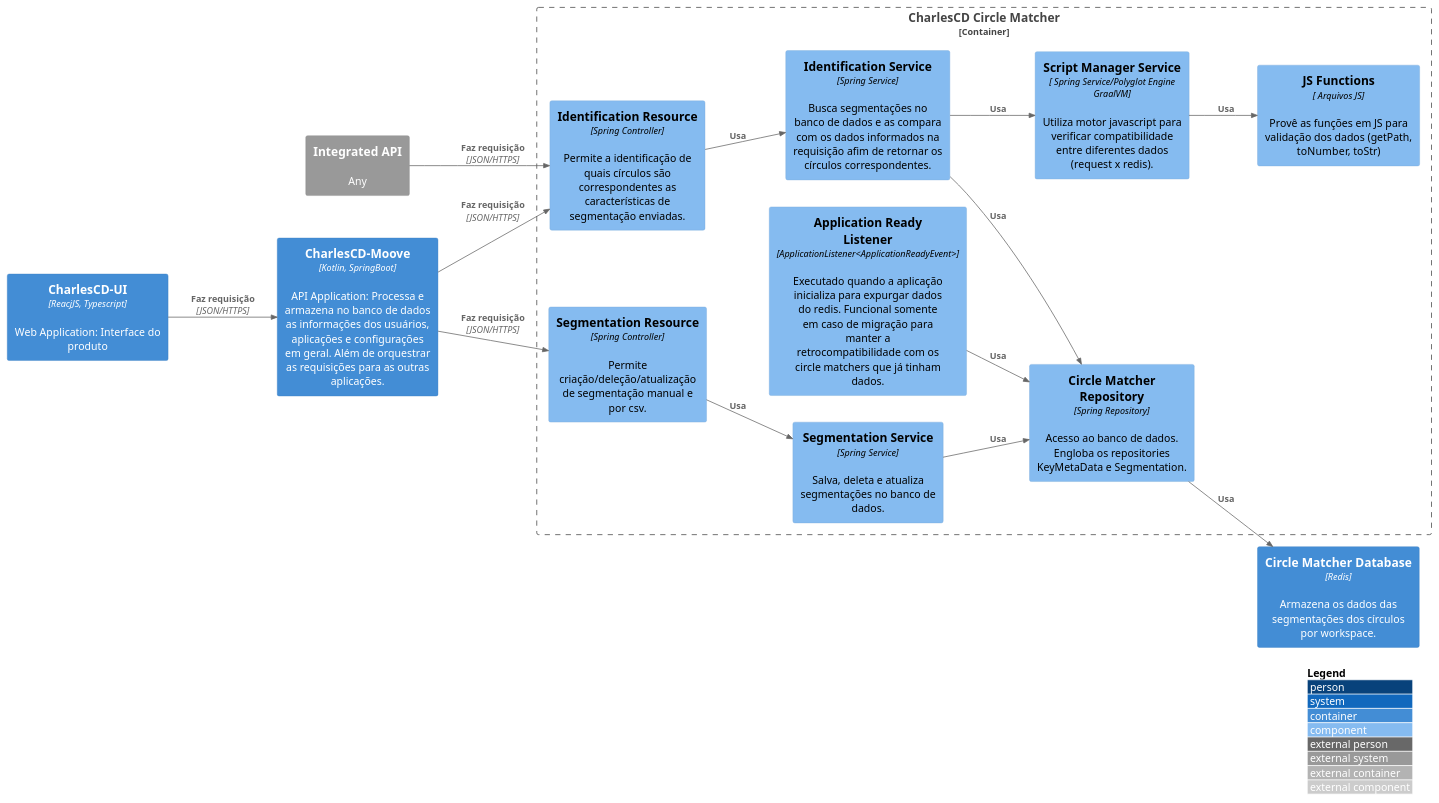
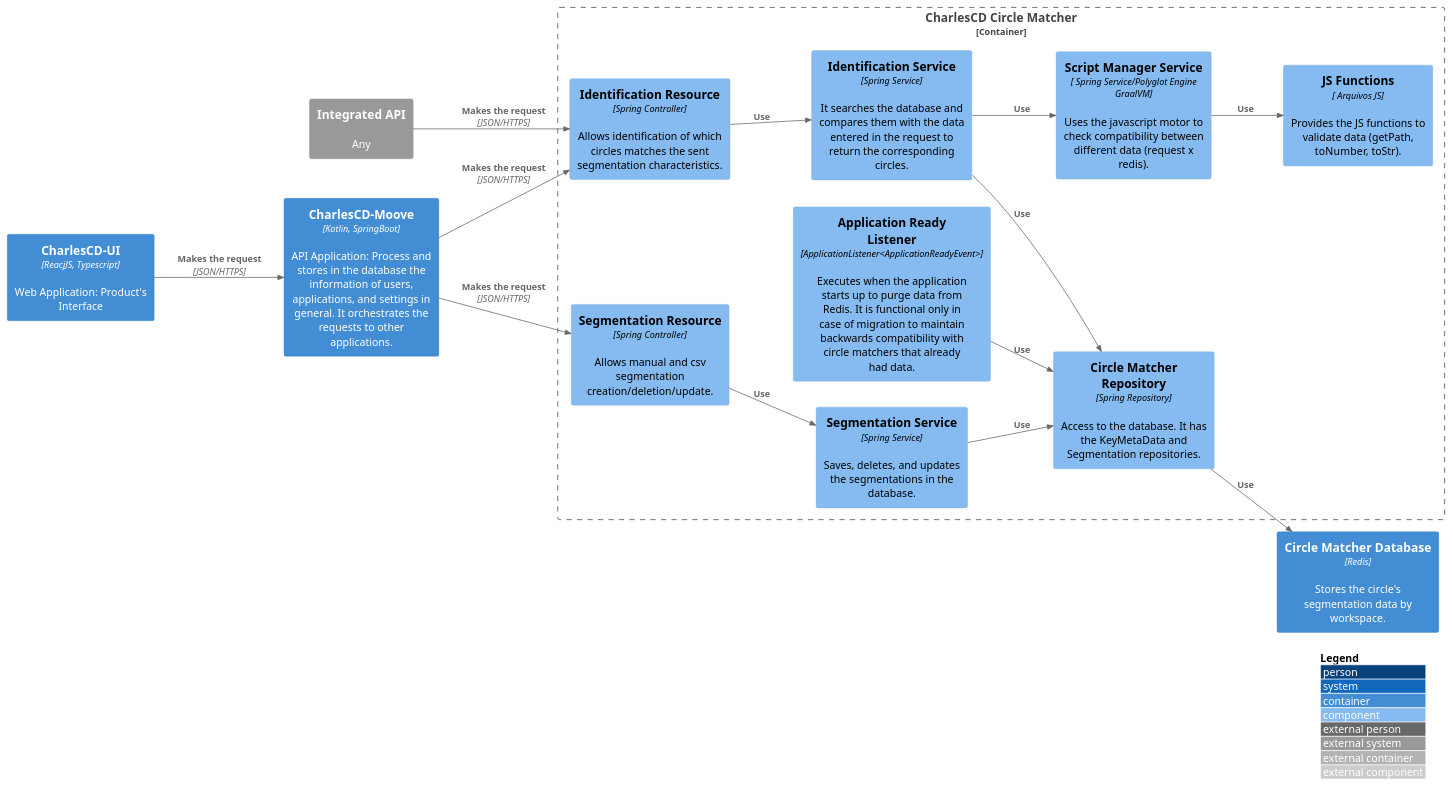
One commit to ZupIT/charlescd-c4model changed the diagram in en/src/C3 -  Component/Circle-Matcher/c3.puml. Above: the diagram before and after it, drawn with PlantUML. The commit also changed 19 other files, not shown here.

```diff
--- a/en/src/C3 -  Component/Circle-Matcher/c3.puml
+++ b/en/src/C3 -  Component/Circle-Matcher/c3.puml
@@ -1,46 +1,46 @@
 @startuml c2
 !include https://raw.githubusercontent.com/adrianvlupu/C4-PlantUML/latest/C4_Component.puml
 
-LAYOUT_WITH_LEGEND()
+LAYOUT_WITH_LEGEND() 
 LAYOUT_LEFT_RIGHT()
 
-Container(ui, "CharlesCD-UI", "ReacjJS, Typescript", "Web Application: Interface do produto")
-Container(circle_matcher_database, "Circle Matcher Database", "Redis", "Armazena os dados das segmentações dos círculos por workspace.")
-Container(moove, "CharlesCD-Moove", "Kotlin, SpringBoot", "API Application: Processa e armazena no banco de dados as informações dos usuários, aplicações e configurações em geral. Além de orquestrar as requisições para as outras aplicações.")
+Container(ui, "CharlesCD-UI", "ReacjJS, Typescript", "Web Application: Product's Interface")
+Container(circle_matcher_database, "Circle Matcher Database", "Redis", "Stores the circle's segmentation data by workspace.")
+Container(moove, "CharlesCD-Moove", "Kotlin, SpringBoot", "API Application: Process and stores in the database the information of users, applications, and settings in general. It orchestrates the requests to other applications.")
 System_Ext(integrated_api, "Integrated API", "Any")
 
 
 Container_Boundary(charlescd_circle_matcher, "CharlesCD Circle Matcher"){
    
-    Component(circle_matcher_repository, "Circle Matcher Repository", "Spring Repository", "Acesso ao banco de dados. Engloba os repositories KeyMetaData e Segmentation.")
+    Component(circle_matcher_repository, "Circle Matcher Repository", "Spring Repository", "Access to the database. It has the KeyMetaData and Segmentation repositories.")
 
-    Component(application_ready_listener, "Application Ready Listener", "ApplicationListener<ApplicationReadyEvent>", "Executado quando a aplicação inicializa para expurgar dados do redis. Funcional somente em caso de migração para manter a retrocompatibilidade com os circle matchers que já tinham dados.")
+    Component(application_ready_listener, "Application Ready Listener", "ApplicationListener<ApplicationReadyEvent>", "Executes when the application starts up to purge data from Redis. It is functional only in case of migration to maintain backwards compatibility with circle matchers that already had data.")
 
-    Component(segmentation_resource, "Segmentation Resource", "Spring Controller", "Permite criação/deleção/atualização de segmentação manual e por csv.")
-    Component(segmentation_service, "Segmentation Service", "Spring Service", "Salva, deleta e atualiza segmentações no banco de dados.")
+    Component(segmentation_resource, "Segmentation Resource", "Spring Controller", "Allows manual and csv segmentation creation/deletion/update.")
+    Component(segmentation_service, "Segmentation Service", "Spring Service", "Saves, deletes, and updates the segmentations in the database.")
     
     
-    Component(identification_resource, "Identification Resource", "Spring Controller", "Permite a identificação de quais círculos são correspondentes as características de segmentação enviadas.")
-    Component(identification_service, "Identification Service", "Spring Service", "Busca segmentações no banco de dados e as compara com os dados informados na requisição afim de retornar os círculos correspondentes.")
-    Component(script_manager_service, "Script Manager Service", " Spring Service/Polyglot Engine GraalVM", "Utiliza motor javascript para verificar compatibilidade entre diferentes dados (request x redis).")
-    Component(js_functions, "JS Functions", " Arquivos JS", "Provê as funções em JS para validação dos dados (getPath, toNumber, toStr)")
+    Component(identification_resource, "Identification Resource", "Spring Controller", "Allows identification of which circles matches the sent segmentation characteristics.")
+    Component(identification_service, "Identification Service", "Spring Service", "It searches the database and compares them with the data entered in the request to return the corresponding circles.")
+    Component(script_manager_service, "Script Manager Service", " Spring Service/Polyglot Engine GraalVM", "Uses the javascript motor to check compatibility between different data (request x redis).")
+    Component(js_functions, "JS Functions", " Arquivos JS", "Provides the JS functions to validate data (getPath, toNumber, toStr).")
     
     
-    Rel(segmentation_resource, segmentation_service, "Usa")
-    Rel(segmentation_service, circle_matcher_repository, "Usa")
-    Rel(identification_resource, identification_service, "Usa")
-    Rel(identification_service, circle_matcher_repository, "Usa")
-    Rel(identification_service, script_manager_service, "Usa")
-    Rel(script_manager_service, js_functions, "Usa")
-    Rel(application_ready_listener, circle_matcher_repository, "Usa")
-    Rel(circle_matcher_repository, circle_matcher_database, "Usa")
+    Rel(segmentation_resource, segmentation_service, "Use")
+    Rel(segmentation_service, circle_matcher_repository, "Use")
+    Rel(identification_resource, identification_service, "Use")
+    Rel(identification_service, circle_matcher_repository, "Use")
+    Rel(identification_service, script_manager_service, "Use")
+    Rel(script_manager_service, js_functions, "Use")
+    Rel(application_ready_listener, circle_matcher_repository, "Use")
+    Rel(circle_matcher_repository, circle_matcher_database, "Use")
    
 }
 
-Rel(moove, segmentation_resource, "Faz requisição", "JSON/HTTPS")
-Rel(moove, identification_resource, "Faz requisição", "JSON/HTTPS")
-Rel(ui, moove, "Faz requisição", "JSON/HTTPS")
-Rel(integrated_api, identification_resource, "Faz requisição", "JSON/HTTPS")
+Rel(moove, segmentation_resource, "Makes the request", "JSON/HTTPS")
+Rel(moove, identification_resource, "Makes the request", "JSON/HTTPS")
+Rel(ui, moove, "Makes the request", "JSON/HTTPS")
+Rel(integrated_api, identification_resource, "Makes the request", "JSON/HTTPS")
 
 
 @enduml
```
